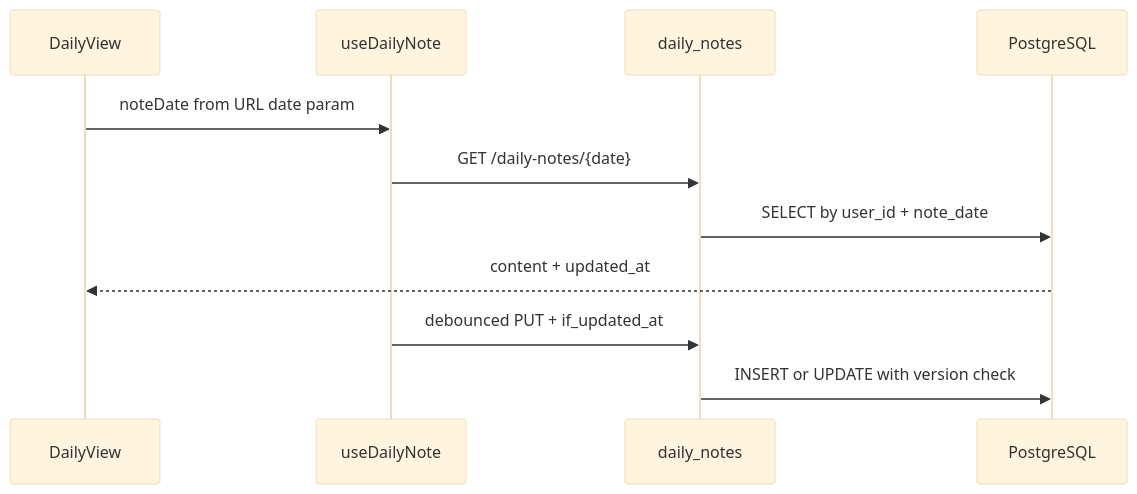
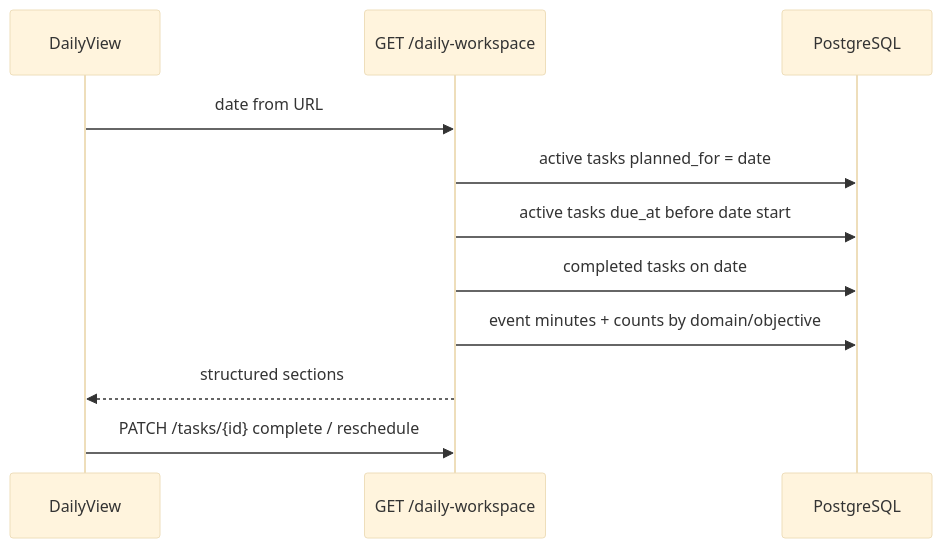
One commit to Trevor5008/Palander changed the third of 3 diagrams in docs/data-flow.md. Above: the diagram before and after it, drawn with Mermaid (base theme). The commit also changed other lines of this file and 41 other files, not shown here.

First line of the commit message:
Release 0.11.0: Objective-aware daily execution

````diff
--- a/docs/data-flow.md
+++ b/docs/data-flow.md
@@ -159,14 +124,14 @@
 ```mermaid
 sequenceDiagram
   participant DailyView
-  participant Hook as useDailyNote
-  participant API as daily_notes
+  participant API as GET /daily-workspace
   participant DB as PostgreSQL
 
-  DailyView->>Hook: noteDate from URL date param
-  Hook->>API: GET /daily-notes/{date}
-  API->>DB: SELECT by user_id + note_date
-  DB-->>DailyView: content + updated_at
-  Hook->>API: debounced PUT + if_updated_at
-  API->>DB: INSERT or UPDATE with version check
+  DailyView->>API: date from URL
+  API->>DB: active tasks planned_for = date
+  API->>DB: active tasks due_at before date start
+  API->>DB: completed tasks on date
+  API->>DB: event minutes + counts by domain/objective
+  API-->>DailyView: structured sections
+  DailyView->>API: PATCH /tasks/{id} complete / reschedule
 ```
````
